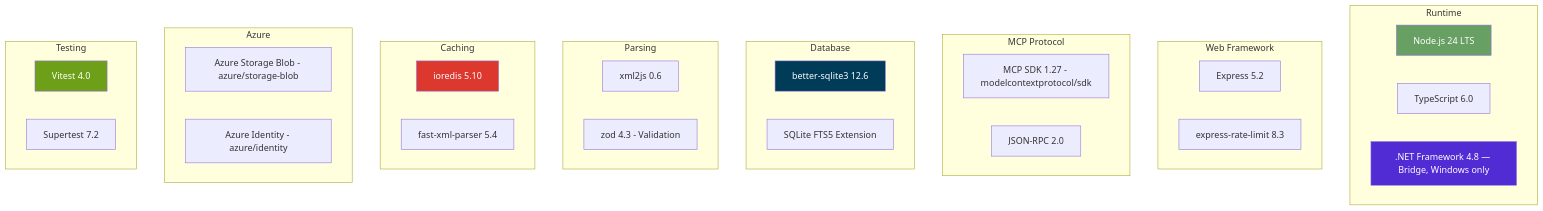
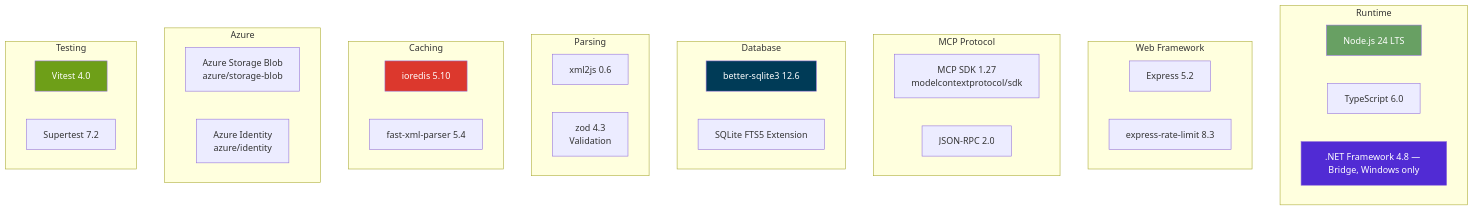
Diagram 20 of 20 in docs/ARCHITECTURE.md (tfranczyk/d365fo-mcp-server), drawn with Mermaid before and after one commit. The commit also changed other lines of this file, not shown here.

Commit message:
architecture.md diagram fix

````diff
--- a/docs/ARCHITECTURE.md
+++ b/docs/ARCHITECTURE.md
@@ -1049,49 +1049,49 @@
 ```mermaid
 graph TB
     subgraph "Runtime"
         NODE[Node.js 24 LTS]
         TS[TypeScript 6.0]
         DOTNET[.NET Framework 4.8 — Bridge, Windows only]
     end
 
     subgraph "Web Framework"
         EXPRESS[Express 5.2]
         RATE_LIM[express-rate-limit 8.3]
     end
 
     subgraph "MCP Protocol"
-        SDK[MCP SDK 1.27 - modelcontextprotocol/sdk]
+        SDK[MCP SDK 1.27\n modelcontextprotocol/sdk]
         JSONRPC[JSON-RPC 2.0]
     end
 
     subgraph "Database"
         SQLITE[better-sqlite3 12.6]
         FTS[SQLite FTS5 Extension]
     end
 
     subgraph "Parsing"
         XML[xml2js 0.6]
-        ZOD[zod 4.3 - Validation]
+        ZOD[zod 4.3\n Validation]
     end
 
     subgraph "Caching"
         REDIS[ioredis 5.10]
         FAST_XML[fast-xml-parser 5.4]
     end
 
     subgraph "Azure"
-        BLOB[Azure Storage Blob - azure/storage-blob]
-        IDENTITY[Azure Identity - azure/identity]
+        BLOB[Azure Storage Blob\n azure/storage-blob]
+        IDENTITY[Azure Identity\n azure/identity]
     end
 
     subgraph "Testing"
         VIT[Vitest 4.0]
         SUPER_T[Supertest 7.2]
     end
 
     style NODE fill:#68A063,color:#fff
     style DOTNET fill:#512BD4,color:#fff
     style SQLITE fill:#003B57,color:#fff
     style REDIS fill:#DC382D,color:#fff
     style VIT fill:#6E9F18,color:#fff
 ```
````
